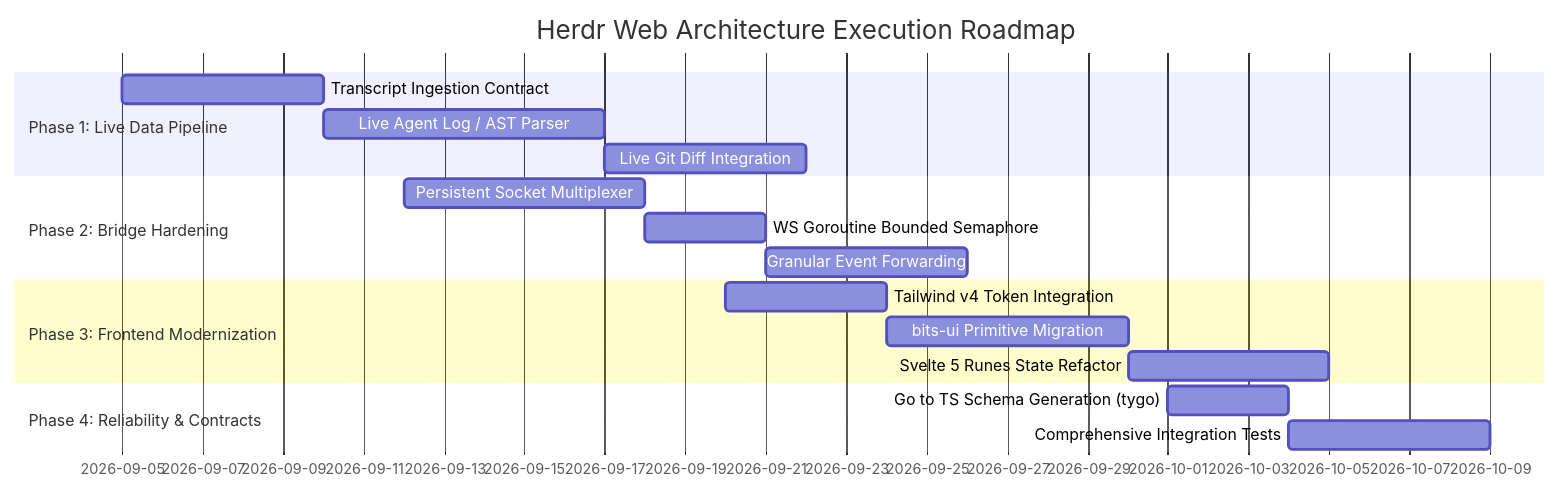
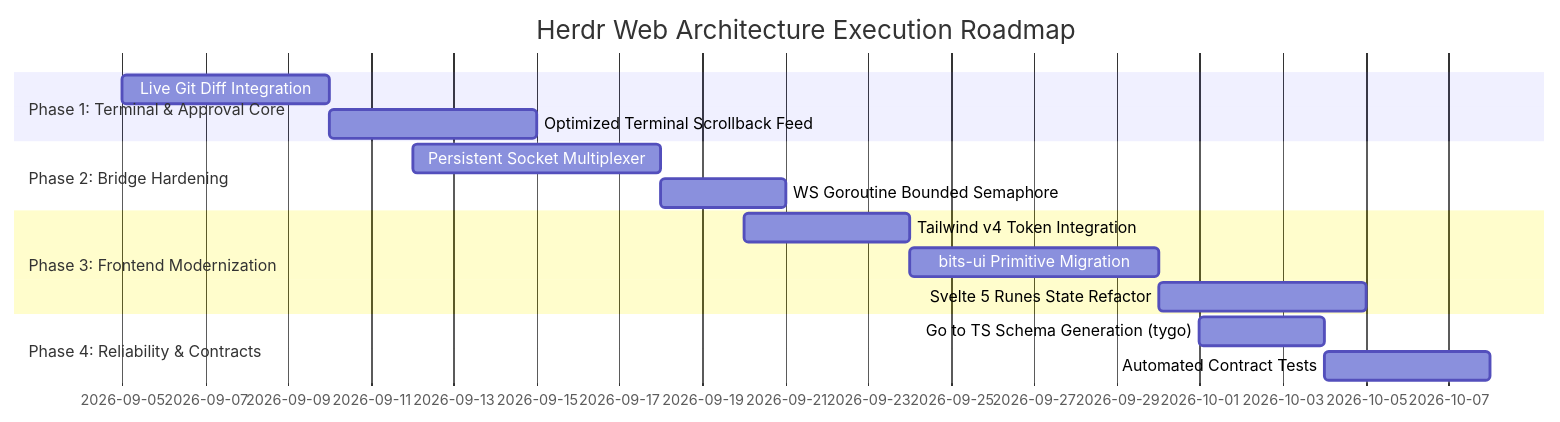
One commit to sarathsp06/herdrweb changed the second of 2 diagrams in docs/ARCHITECTURE_RECOMMENDATIONS.md. Above: the diagram before and after it, drawn with Mermaid. The commit also changed other lines of this file and 17 other files, not shown here.

````diff
--- a/docs/ARCHITECTURE_RECOMMENDATIONS.md
+++ b/docs/ARCHITECTURE_RECOMMENDATIONS.md
@@ -109,23 +112,21 @@
 ```mermaid
 gantt
     title Herdr Web Architecture Execution Roadmap
     dateFormat  YYYY-MM-DD
-    section Phase 1: Live Data Pipeline
-    Transcript Ingestion Contract       :p1_1, 2026-09-05, 5d
-    Live Agent Log / AST Parser         :p1_2, after p1_1, 7d
-    Live Git Diff Integration           :p1_3, after p1_2, 5d
+    section Phase 1: Terminal & Approval Core
+    Live Git Diff Integration           :p1_1, 2026-09-05, 5d
+    Optimized Terminal Scrollback Feed  :p1_2, after p1_1, 5d
 
     section Phase 2: Bridge Hardening
     Persistent Socket Multiplexer       :p2_1, 2026-09-12, 6d
     WS Goroutine Bounded Semaphore      :p2_2, after p2_1, 3d
-    Granular Event Forwarding           :p2_3, after p2_2, 5d
 
     section Phase 3: Frontend Modernization
     Tailwind v4 Token Integration       :p3_1, 2026-09-20, 4d
     bits-ui Primitive Migration         :p3_2, after p3_1, 6d
     Svelte 5 Runes State Refactor       :p3_3, after p3_2, 5d
 
     section Phase 4: Reliability & Contracts
     Go to TS Schema Generation (tygo)   :p4_1, 2026-10-01, 3d
-    Comprehensive Integration Tests     :p4_2, after p4_1, 5d
+    Automated Contract Tests            :p4_2, after p4_1, 4d
 ```
````
